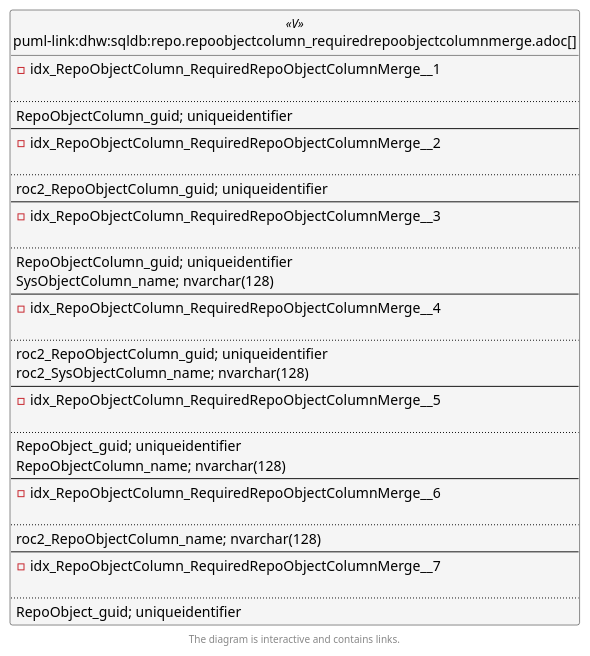
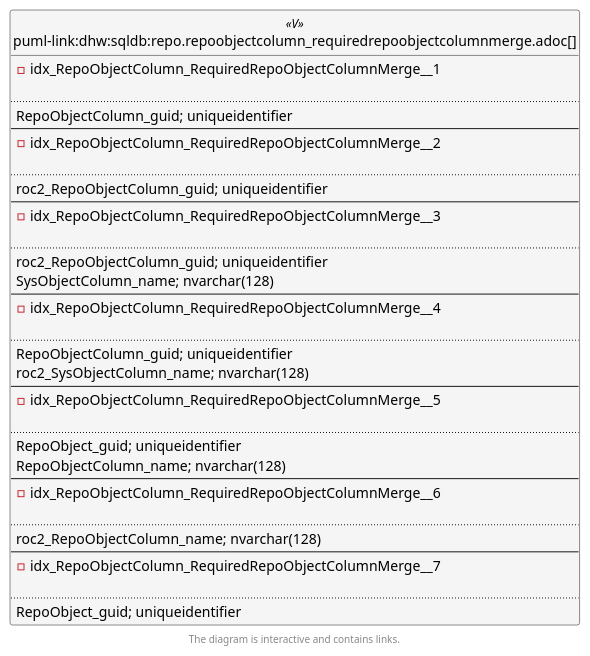
One commit to DataHandwerk/dhw-antora-sqldb changed the second of 6 diagrams in docs/modules/sqldb/partials/content/repo.repoobjectcolumn_requiredrepoobjectcolumnmerge.adoc. Above: the diagram before and after it, drawn with PlantUML. The commit also changed other lines of this file and 751 other files, not shown here.

```diff
--- a/docs/modules/sqldb/partials/content/repo.repoobjectcolumn_requiredrepoobjectcolumnmerge.adoc
+++ b/docs/modules/sqldb/partials/content/repo.repoobjectcolumn_requiredrepoobjectcolumnmerge.adoc
@@ -848,76 +848,76 @@
 [plantuml, entity_1_1_fk-{docname}, svg, subs=macros]
 ....
 @startuml
 left to right direction
 'top to bottom direction
 hide circle
 'avoide "." issues:
 set namespaceSeparator none
 
 
 skinparam class {
   BackgroundColor White
   BackgroundColor<<FN>> Yellow
   BackgroundColor<<FS>> Yellow
   BackgroundColor<<FT>> LightGray
   BackgroundColor<<IF>> Yellow
   BackgroundColor<<IS>> Yellow
   BackgroundColor<<P>>  Aqua
   BackgroundColor<<PC>> Aqua
   BackgroundColor<<SN>> Yellow
   BackgroundColor<<SO>> SlateBlue
   BackgroundColor<<TF>> LightGray
   BackgroundColor<<TR>> Tomato
   BackgroundColor<<U>>  White
   BackgroundColor<<V>>  WhiteSmoke
   BackgroundColor<<X>>  Aqua
   BackgroundColor<<external>> AliceBlue
 }
 
 
 entity "puml-link:dhw:sqldb:repo.repoobjectcolumn_requiredrepoobjectcolumnmerge.adoc[]" as repo.RepoObjectColumn_RequiredRepoObjectColumnMerge << V >> {
 - idx_RepoObjectColumn_RequiredRepoObjectColumnMerge__1
 
 ..
 RepoObjectColumn_guid; uniqueidentifier
 --
 - idx_RepoObjectColumn_RequiredRepoObjectColumnMerge__2
 
 ..
 roc2_RepoObjectColumn_guid; uniqueidentifier
 --
 - idx_RepoObjectColumn_RequiredRepoObjectColumnMerge__3
 
 ..
-RepoObjectColumn_guid; uniqueidentifier
+roc2_RepoObjectColumn_guid; uniqueidentifier
 SysObjectColumn_name; nvarchar(128)
 --
 - idx_RepoObjectColumn_RequiredRepoObjectColumnMerge__4
 
 ..
-roc2_RepoObjectColumn_guid; uniqueidentifier
+RepoObjectColumn_guid; uniqueidentifier
 roc2_SysObjectColumn_name; nvarchar(128)
 --
 - idx_RepoObjectColumn_RequiredRepoObjectColumnMerge__5
 
 ..
 RepoObject_guid; uniqueidentifier
 RepoObjectColumn_name; nvarchar(128)
 --
 - idx_RepoObjectColumn_RequiredRepoObjectColumnMerge__6
 
 ..
 roc2_RepoObjectColumn_name; nvarchar(128)
 --
 - idx_RepoObjectColumn_RequiredRepoObjectColumnMerge__7
 
 ..
 RepoObject_guid; uniqueidentifier
 }
 
 
 
 footer The diagram is interactive and contains links.
 
 @enduml
 ....
```
